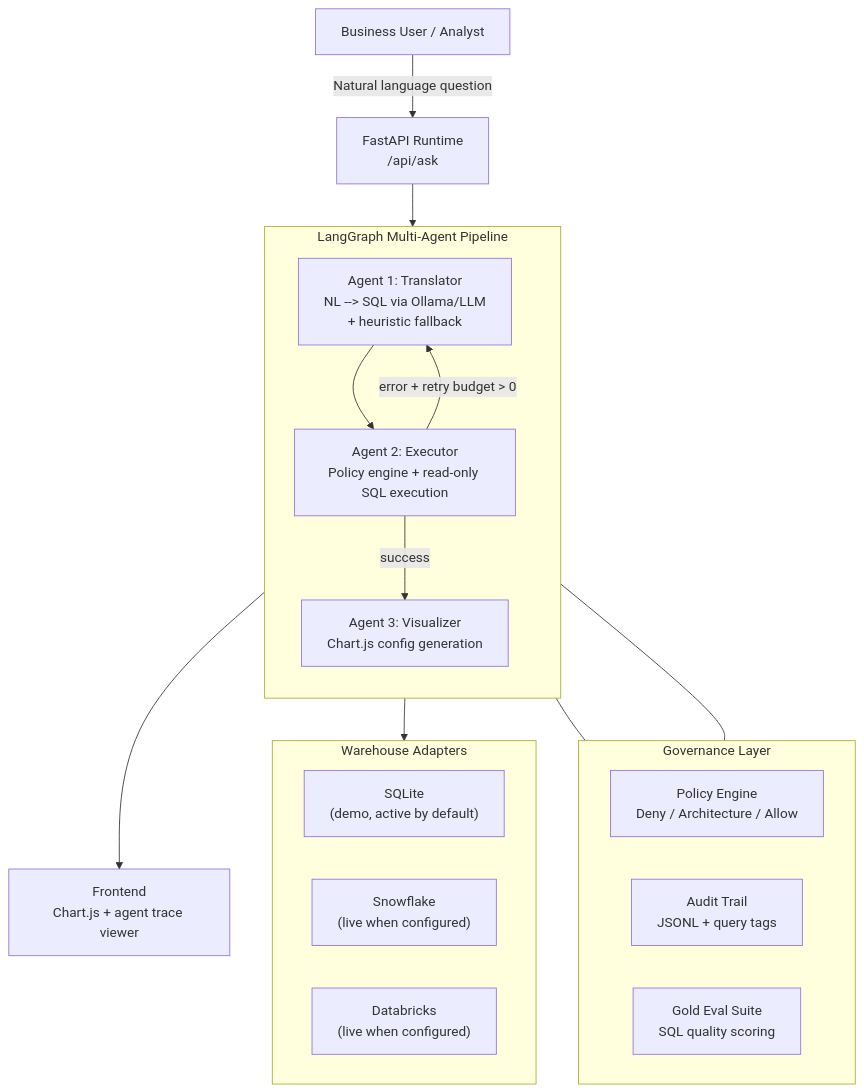
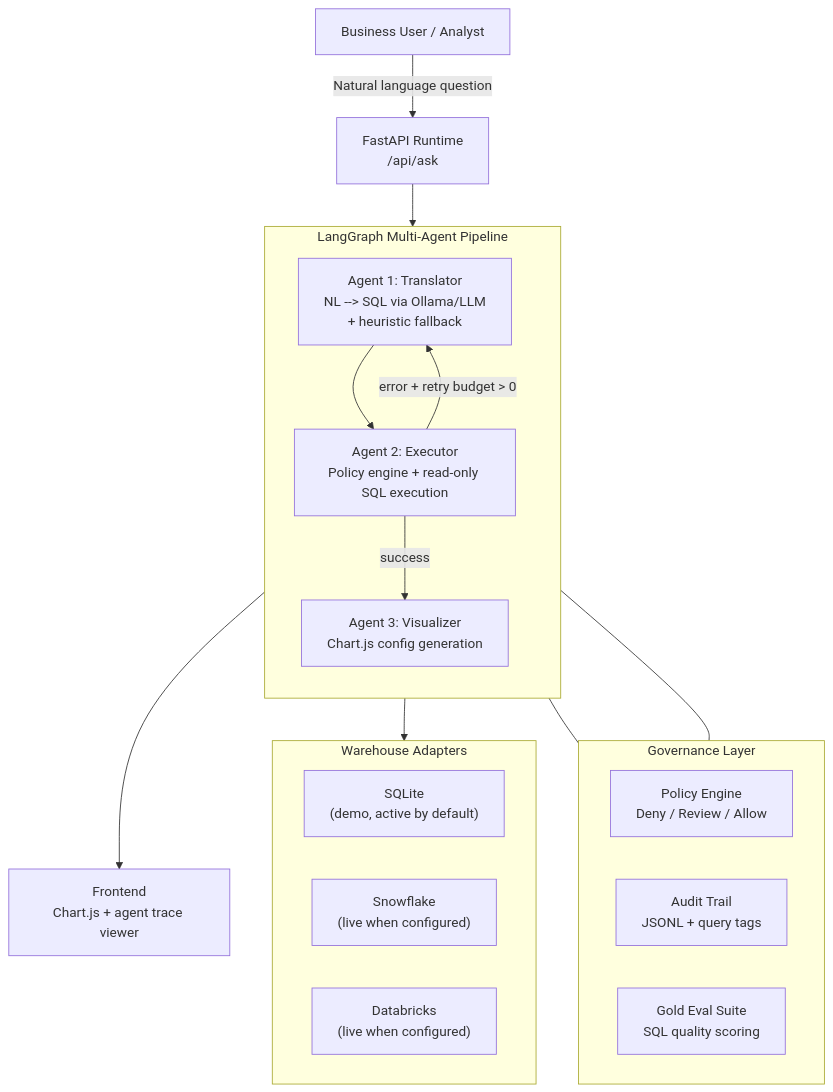
One commit to KIM3310/Nexus-Hive changed the diagram in README.md. Above: the diagram before and after it, drawn with Mermaid. The commit also changed other lines of this file and 50 other files, not shown here.

````diff
--- a/README.md
+++ b/README.md
@@ -53,37 +53,37 @@
 ```mermaid
 flowchart TB
     User["Business User / Analyst"]
     User -->|"Natural language question"| API["FastAPI Runtime\n/api/ask"]
 
     subgraph AgentPipeline["LangGraph Multi-Agent Pipeline"]
         direction TB
         T["Agent 1: Translator\nNL --> SQL via Ollama/LLM\n+ heuristic fallback"]
         E["Agent 2: Executor\nPolicy engine + read-only SQL execution"]
         V["Agent 3: Visualizer\nChart.js config generation"]
         T --> E
         E -->|"error + retry budget > 0"| T
         E -->|"success"| V
     end
 
     API --> AgentPipeline
 
     subgraph Governance["Governance Layer"]
         direction LR
-        PE["Policy Engine\nDeny / Architecture / Allow"]
+        PE["Policy Engine\nDeny / Review / Allow"]
         AT["Audit Trail\nJSONL + query tags"]
         GE["Gold Eval Suite\nSQL quality scoring"]
     end
 
     E --- PE
     E --- AT
 
     subgraph Warehouses["Warehouse Adapters"]
         direction LR
         SQLite["SQLite\n(demo, active by default)"]
         SF["Snowflake\n(live when configured)"]
         DB["Databricks\n(live when configured)"]
     end
 
     E --> Warehouses
     V --> UI["Frontend\nChart.js + agent trace viewer"]
 ```
````
